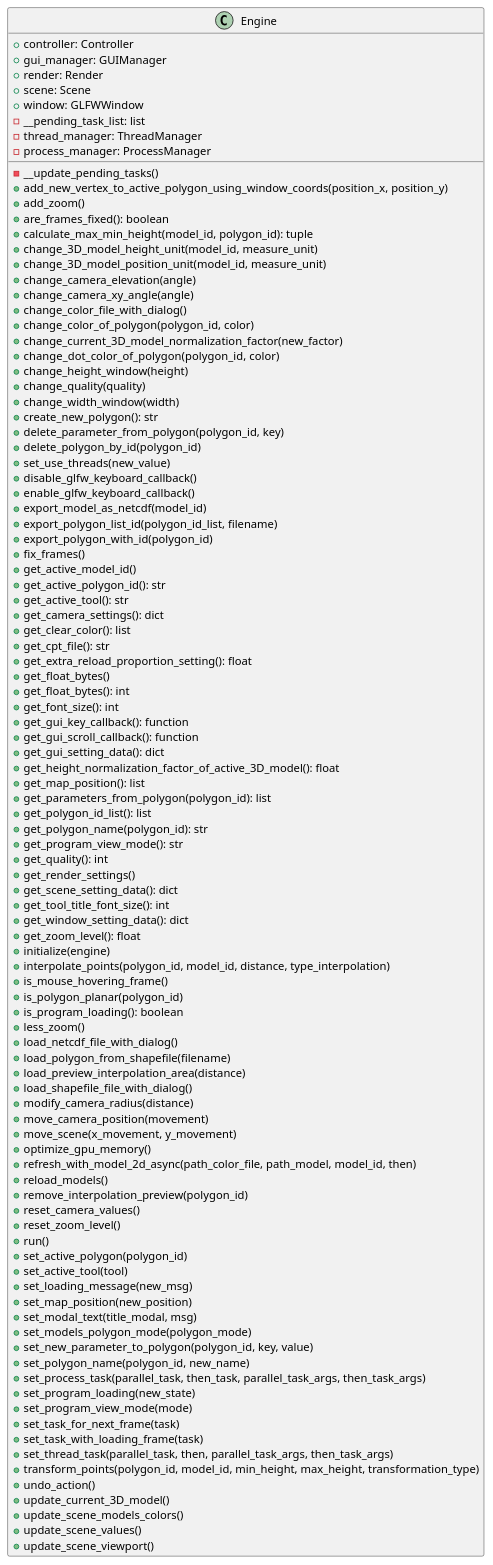
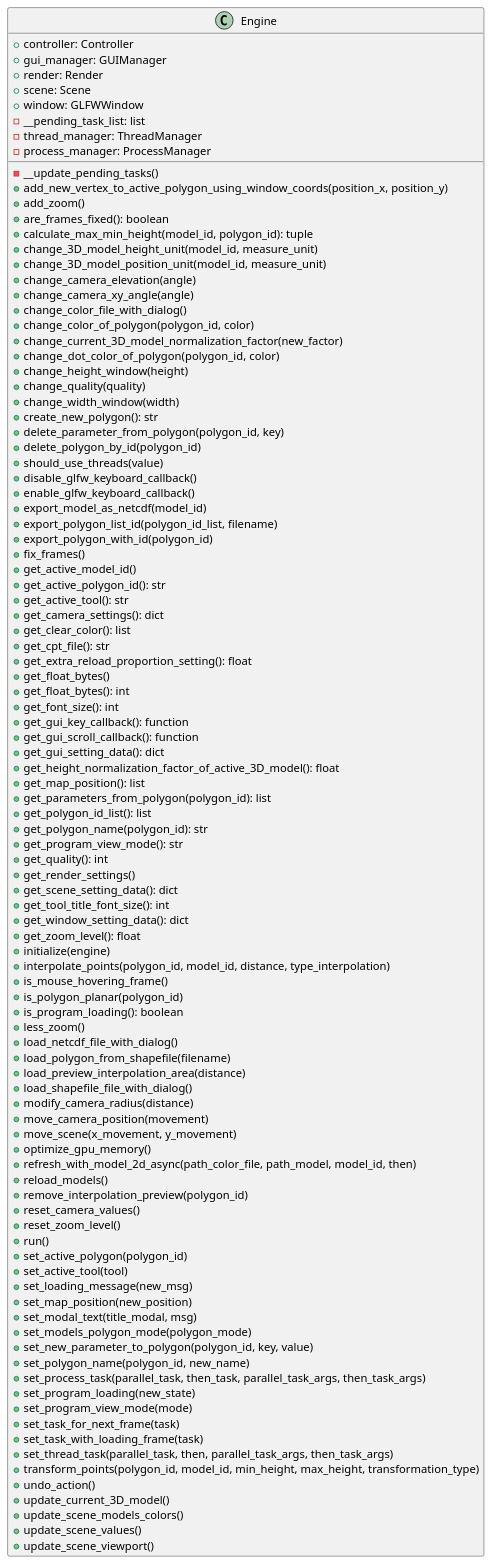
One commit to ferpoble2/Relief_Creator changed the diagram in docs/classes/Engine.puml. Above: the diagram before and after it, drawn with PlantUML. The commit also changed 1 other file, not shown here.

Commit message:
renamed method to set if use or not threads

```diff
--- a/docs/classes/Engine.puml
+++ b/docs/classes/Engine.puml
@@ -1,105 +1,105 @@
 @startuml
 class Engine {
     + controller: Controller
     + gui_manager: GUIManager
     + render: Render
     + scene: Scene
     + window: GLFWWindow
     - __pending_task_list: list
     - thread_manager: ThreadManager
     - process_manager: ProcessManager
 
     - __update_pending_tasks()
     + add_new_vertex_to_active_polygon_using_window_coords(position_x, position_y)
     + add_zoom()
     + are_frames_fixed(): boolean
     + calculate_max_min_height(model_id, polygon_id): tuple
     + change_3D_model_height_unit(model_id, measure_unit)
     + change_3D_model_position_unit(model_id, measure_unit)
     + change_camera_elevation(angle)
     + change_camera_xy_angle(angle)
     + change_color_file_with_dialog()
     + change_color_of_polygon(polygon_id, color)
     + change_current_3D_model_normalization_factor(new_factor)
     + change_dot_color_of_polygon(polygon_id,  color)
     + change_height_window(height)
     + change_quality(quality)
     + change_width_window(width)
     + create_new_polygon(): str
     + delete_parameter_from_polygon(polygon_id, key)
     + delete_polygon_by_id(polygon_id)
-    + set_use_threads(new_value)
+    + should_use_threads(value)
     + disable_glfw_keyboard_callback()
     + enable_glfw_keyboard_callback()
     + export_model_as_netcdf(model_id)
     + export_polygon_list_id(polygon_id_list, filename)
     + export_polygon_with_id(polygon_id)
     + fix_frames()
     + get_active_model_id()
     + get_active_polygon_id(): str
     + get_active_tool(): str
     + get_camera_settings(): dict
     + get_clear_color(): list
     + get_cpt_file(): str
     + get_extra_reload_proportion_setting(): float
     + get_float_bytes()
     + get_float_bytes(): int
     + get_font_size(): int
     + get_gui_key_callback(): function
     + get_gui_scroll_callback(): function
     + get_gui_setting_data(): dict
     + get_height_normalization_factor_of_active_3D_model(): float
     + get_map_position(): list
     + get_parameters_from_polygon(polygon_id): list
     + get_polygon_id_list(): list
     + get_polygon_name(polygon_id): str
     + get_program_view_mode(): str
     + get_quality(): int
     + get_render_settings()
     + get_scene_setting_data(): dict
     + get_tool_title_font_size(): int
     + get_window_setting_data(): dict
     + get_zoom_level(): float
     + initialize(engine)
     + interpolate_points(polygon_id, model_id, distance, type_interpolation)
     + is_mouse_hovering_frame()
     + is_polygon_planar(polygon_id)
     + is_program_loading(): boolean
     + less_zoom()
     + load_netcdf_file_with_dialog()
     + load_polygon_from_shapefile(filename)
     + load_preview_interpolation_area(distance)
     + load_shapefile_file_with_dialog()
     + modify_camera_radius(distance)
     + move_camera_position(movement)
     + move_scene(x_movement, y_movement)
     + optimize_gpu_memory()
     + refresh_with_model_2d_async(path_color_file, path_model, model_id, then)
     + reload_models()
     + remove_interpolation_preview(polygon_id)
     + reset_camera_values()
     + reset_zoom_level()
     + run()
     + set_active_polygon(polygon_id)
     + set_active_tool(tool)
     + set_loading_message(new_msg)
     + set_map_position(new_position)
     + set_modal_text(title_modal, msg)
     + set_models_polygon_mode(polygon_mode)
     + set_new_parameter_to_polygon(polygon_id, key, value)
     + set_polygon_name(polygon_id, new_name)
     + set_process_task(parallel_task, then_task, parallel_task_args, then_task_args)
     + set_program_loading(new_state)
     + set_program_view_mode(mode)
     + set_task_for_next_frame(task)
     + set_task_with_loading_frame(task)
     + set_thread_task(parallel_task, then, parallel_task_args, then_task_args)
     + transform_points(polygon_id, model_id, min_height, max_height, transformation_type)
     + undo_action()
     + update_current_3D_model()
     + update_scene_models_colors()
     + update_scene_values()
     + update_scene_viewport()
 }
 
 @enduml
```
